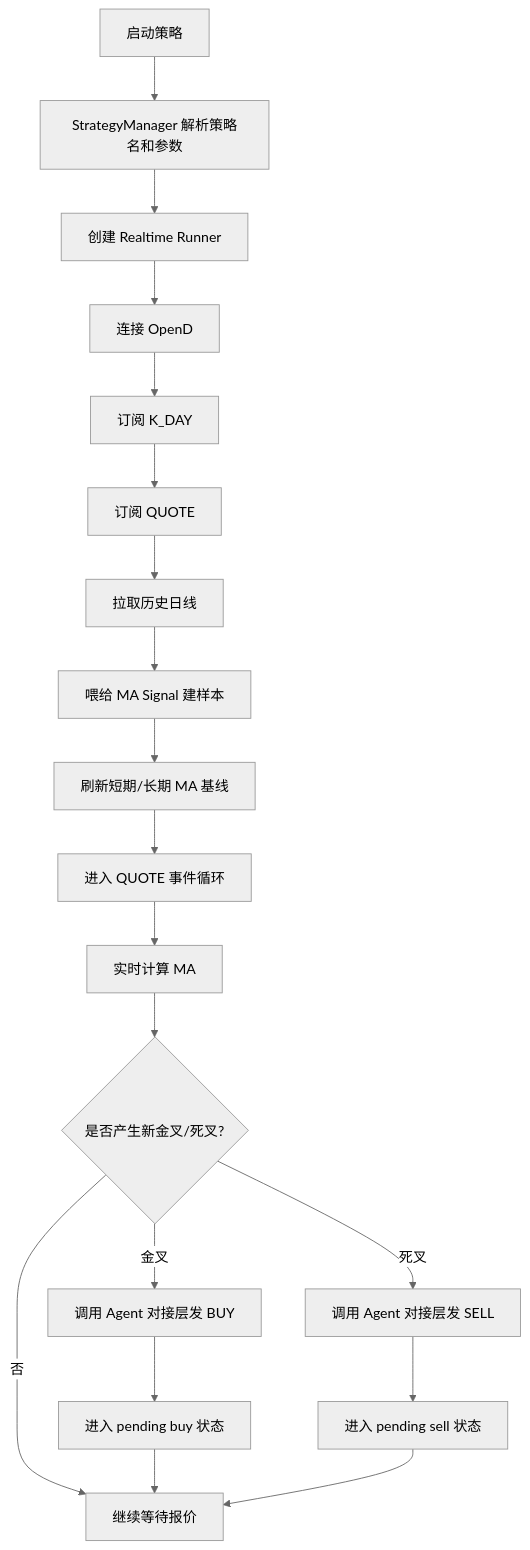
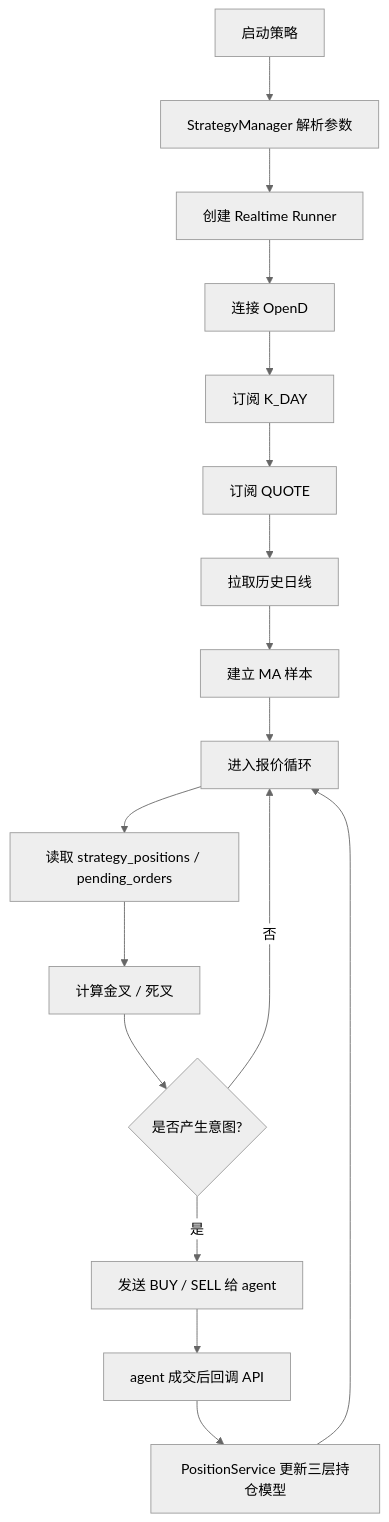
The fourth of 4 diagrams in docs/STRATEGY_ARCHITECTURE.md (JasperLai/quant-trading-system), drawn with Mermaid (neutral theme) before and after one commit. The commit also changed other lines of this file and 10 other files, not shown here.

````diff
--- a/docs/STRATEGY_ARCHITECTURE.md
+++ b/docs/STRATEGY_ARCHITECTURE.md
@@ -456,21 +338,19 @@
 ```mermaid
 flowchart TD
-    A["启动策略"] --> B["StrategyManager 解析策略名和参数"]
+    A["启动策略"] --> B["StrategyManager 解析参数"]
     B --> C["创建 Realtime Runner"]
     C --> D["连接 OpenD"]
     D --> E["订阅 K_DAY"]
     E --> F["订阅 QUOTE"]
     F --> G["拉取历史日线"]
-    G --> H["喂给 MA Signal 建样本"]
-    H --> I["刷新短期/长期 MA 基线"]
-    I --> J["进入 QUOTE 事件循环"]
-    J --> K["实时计算 MA"]
-    K --> L{"是否产生新金叉/死叉?"}
-    L -- 否 --> M["继续等待报价"]
-    L -- 金叉 --> N["调用 Agent 对接层发 BUY"]
-    L -- 死叉 --> O["调用 Agent 对接层发 SELL"]
-    N --> P["进入 pending buy 状态"]
-    O --> Q["进入 pending sell 状态"]
-    P --> M
-    Q --> M
+    G --> H["建立 MA 样本"]
+    H --> I["进入报价循环"]
+    I --> J["读取 strategy_positions / pending_orders"]
+    J --> K["计算金叉 / 死叉"]
+    K --> L{"是否产生意图?"}
+    L -- 否 --> I
+    L -- 是 --> M["发送 BUY / SELL 给 agent"]
+    M --> N["agent 成交后回调 API"]
+    N --> O["PositionService 更新三层持仓模型"]
+    O --> I
 ```
````
